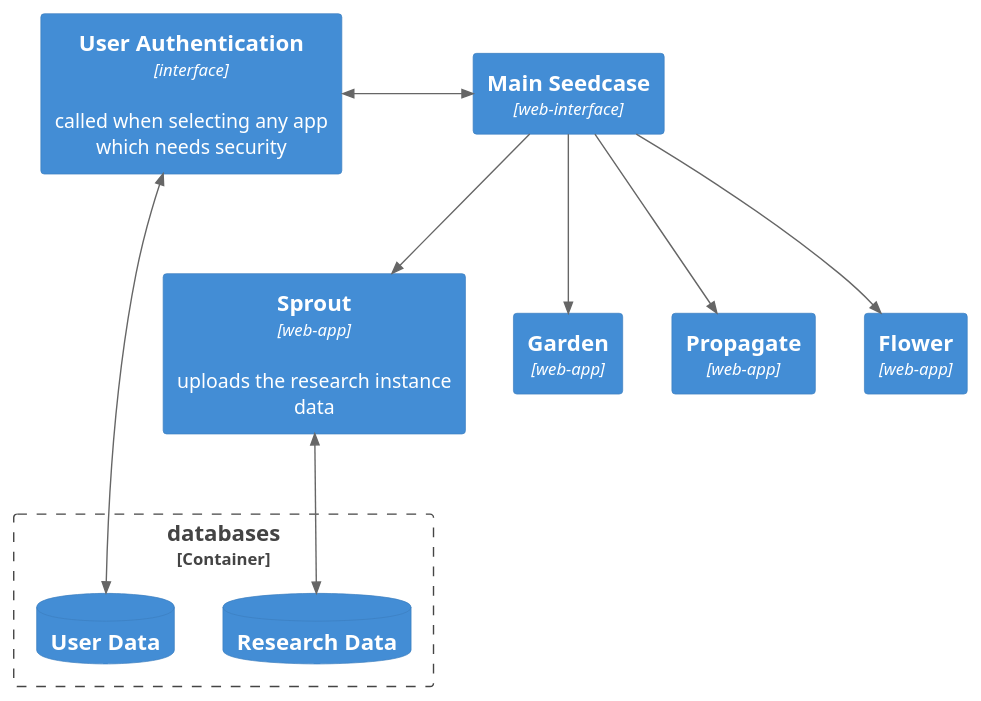
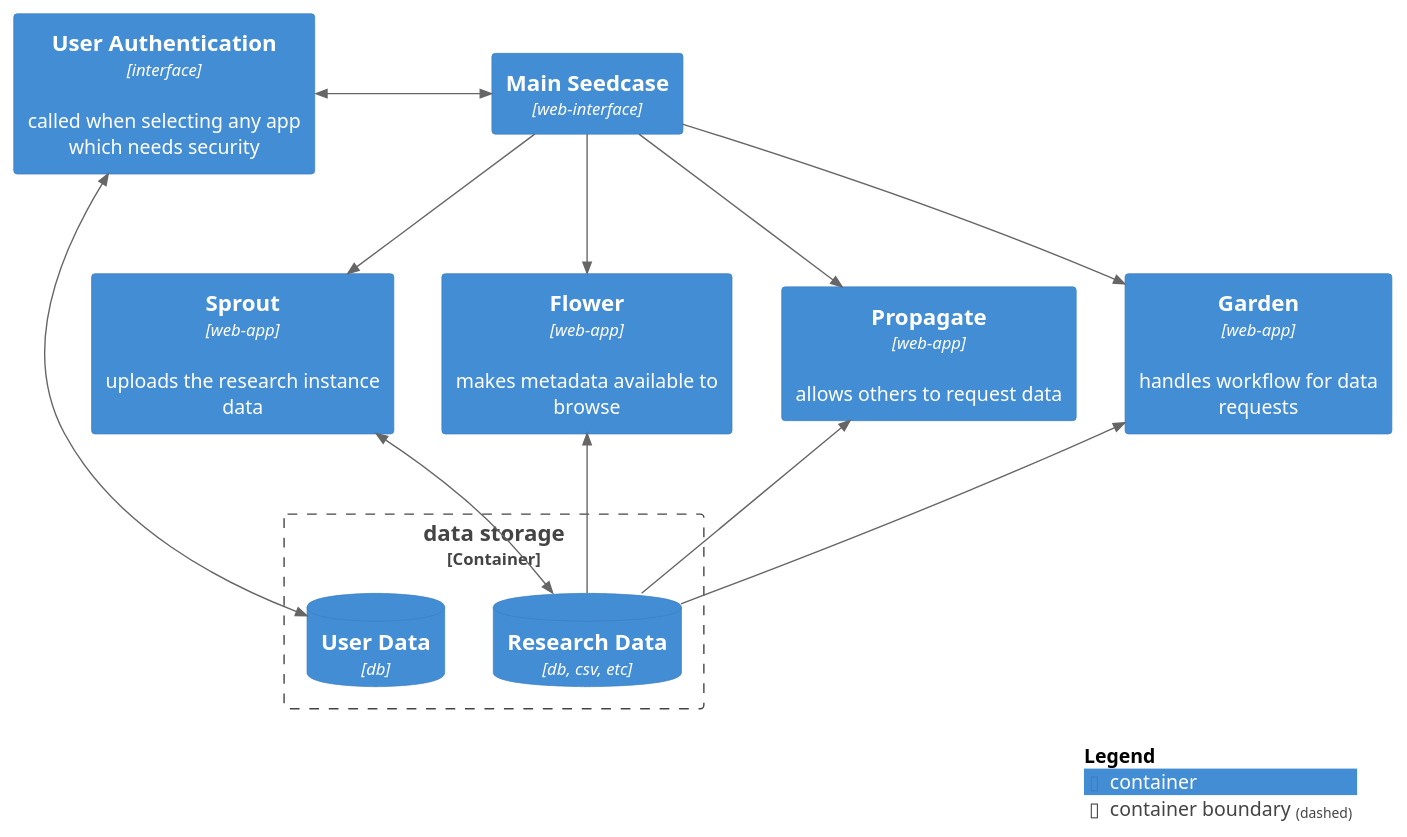
The diagram in images/c4_container.puml (seedcase-project/design), drawn with PlantUML before and after one commit. The commit also changed 1 other file, not shown here.

Commit message:
docs: update to c4-container to show all relationships

```diff
--- a/images/c4_container.puml
+++ b/images/c4_container.puml
@@ -1,26 +1,33 @@
 @startuml C4-Container
 !include https://raw.githubusercontent.com/plantuml-stdlib/C4-PlantUML/master/C4_Container.puml
-
-HIDE_STEREOTYPE()
 
 Container(seed, "Main Seedcase", "web-interface")
 Container(sec, "User Authentication", "interface", "called when selecting any app which needs security")
 Container(sprout, "Sprout", "web-app", "uploads the research instance data")
-Container(garden, "Garden", "web-app")
-Container(prop, "Propagate", "web-app")
-Container(flower, "Flower", "web-app")
-Container_Boundary(backend, "databases"){
-  ContainerDb(data, "Research Data")
-  ContainerDb(user, "User Data")
+Container(flower, "Flower", "web-app", "makes metadata available to browse")
+Container(prop, "Propagate", "web-app", "allows others to request data")
+Container(garden, "Garden", "web-app", "handles workflow for data requests")
+Container_Boundary(backend, "data storage"){
+  ContainerDb(data, "Research Data", "db, csv, etc")
+  ContainerDb(user, "User Data", "db")
 }
 
 Lay_Left(data, user)
+Lay_Right(sprout, flower)
+Lay_Right(flower, prop)
+Lay_Right(prop, garden)
 
 BiRel_Left(seed, sec, "")
 Rel(seed, sprout, "")
 Rel(seed, garden, "")
 Rel(seed, prop, "")
 Rel(seed, flower, "")
+Rel_U(data, flower, "")
+Rel_U(data, garden, "")
+Rel_U(data, prop, "")
 BiRel(sprout, data, "")
 BiRel(sec, user, "")
+
+SHOW_LEGEND()
+
 @enduml
```
